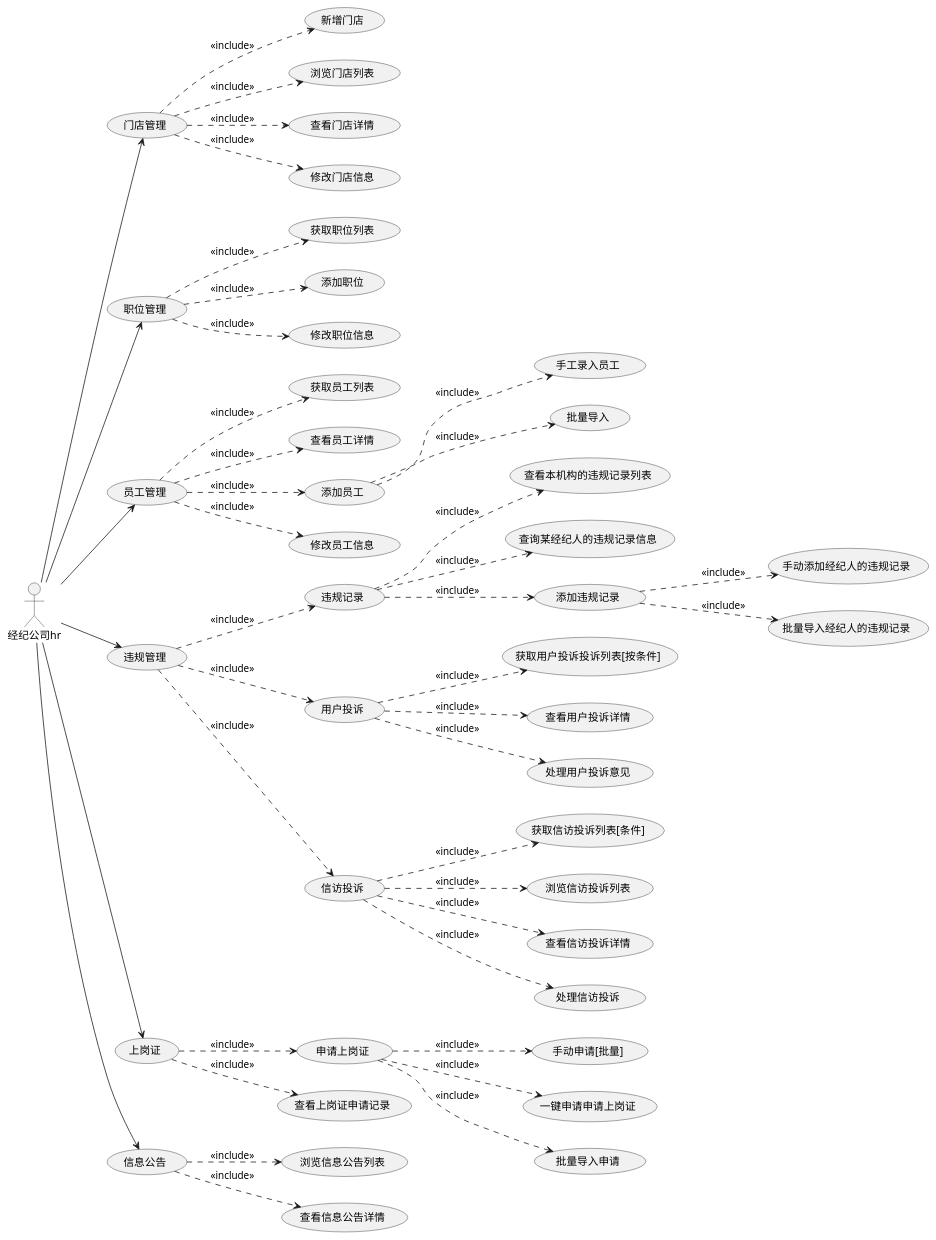
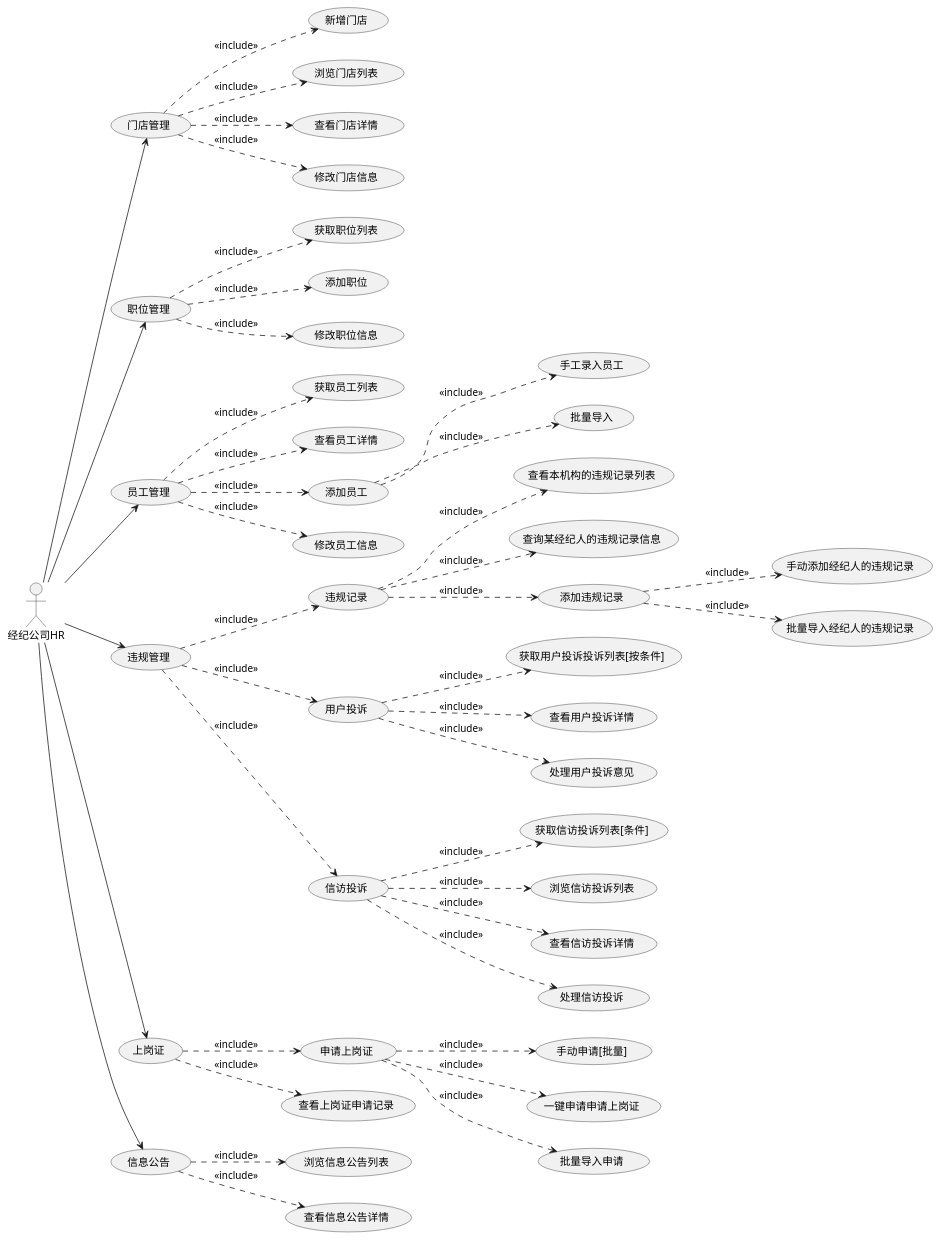
Before and after one commit to evildoerX/hyperledger-credit: the seventh of 12 diagrams in docs/credit/README.md, drawn with PlantUML. The commit also changed other lines of this file, not shown here.

```diff
--- a/docs/credit/README.md
+++ b/docs/credit/README.md
@@ -284,44 +284,44 @@
 @startuml
 left to right direction
-经纪公司hr --> (门店管理)
+经纪公司HR --> (门店管理)
 (门店管理) ..> (新增门店): <<include>>
 (门店管理) ..> (浏览门店列表): <<include>>
 (门店管理) ..> (查看门店详情): <<include>>
 (门店管理) ..> (修改门店信息): <<include>>
-经纪公司hr --> (职位管理)
+经纪公司HR --> (职位管理)
 (职位管理) ..> (获取职位列表): <<include>>
 (职位管理) ..> (添加职位): <<include>>
 (职位管理) ..> (修改职位信息): <<include>>
-经纪公司hr --> (员工管理)
+经纪公司HR --> (员工管理)
 (员工管理) ..> (获取员工列表): <<include>>
 (员工管理) ..> (查看员工详情): <<include>>
 (员工管理) ..> (添加员工): <<include>>
 (添加员工) ..> (手工录入员工): <<include>>
 (添加员工) ..> (批量导入): <<include>>
 (员工管理) ..> (修改员工信息): <<include>>
-经纪公司hr --> (违规管理)
+经纪公司HR --> (违规管理)
 (违规管理) ..> (违规记录): <<include>>
 (违规记录) ..> (查看本机构的违规记录列表): <<include>>
 (违规记录) ..> (查询某经纪人的违规记录信息): <<include>>
 (违规记录) ..> (添加违规记录): <<include>>
 (添加违规记录) ..> (手动添加经纪人的违规记录): <<include>>
 (添加违规记录) ..> (批量导入经纪人的违规记录): <<include>>
 (违规管理) ..> (用户投诉): <<include>>
 (用户投诉) ..> (获取用户投诉投诉列表[按条件]): <<include>>
 (用户投诉) ..> (查看用户投诉详情): <<include>>
 (用户投诉) ..> (处理用户投诉意见): <<include>>
 (违规管理) ..> (信访投诉): <<include>>
 (信访投诉) ..> (获取信访投诉列表[条件]): <<include>>
 (信访投诉) ..> (浏览信访投诉列表): <<include>>
 (信访投诉) ..> (查看信访投诉详情): <<include>>
 (信访投诉) ..> (处理信访投诉): <<include>>
-经纪公司hr --> (上岗证)
+经纪公司HR --> (上岗证)
 (上岗证) ..> (申请上岗证): <<include>>
 (申请上岗证) ..> (手动申请[批量]): <<include>>
 (申请上岗证) ..> (一键申请申请上岗证): <<include>>
 (申请上岗证) ..> (批量导入申请): <<include>>
 (上岗证) ..> (查看上岗证申请记录): <<include>>
-经纪公司hr --> (信息公告)
+经纪公司HR --> (信息公告)
 (信息公告) ..> (浏览信息公告列表): <<include>>
 (信息公告) ..> (查看信息公告详情): <<include>>
 @enduml
```
